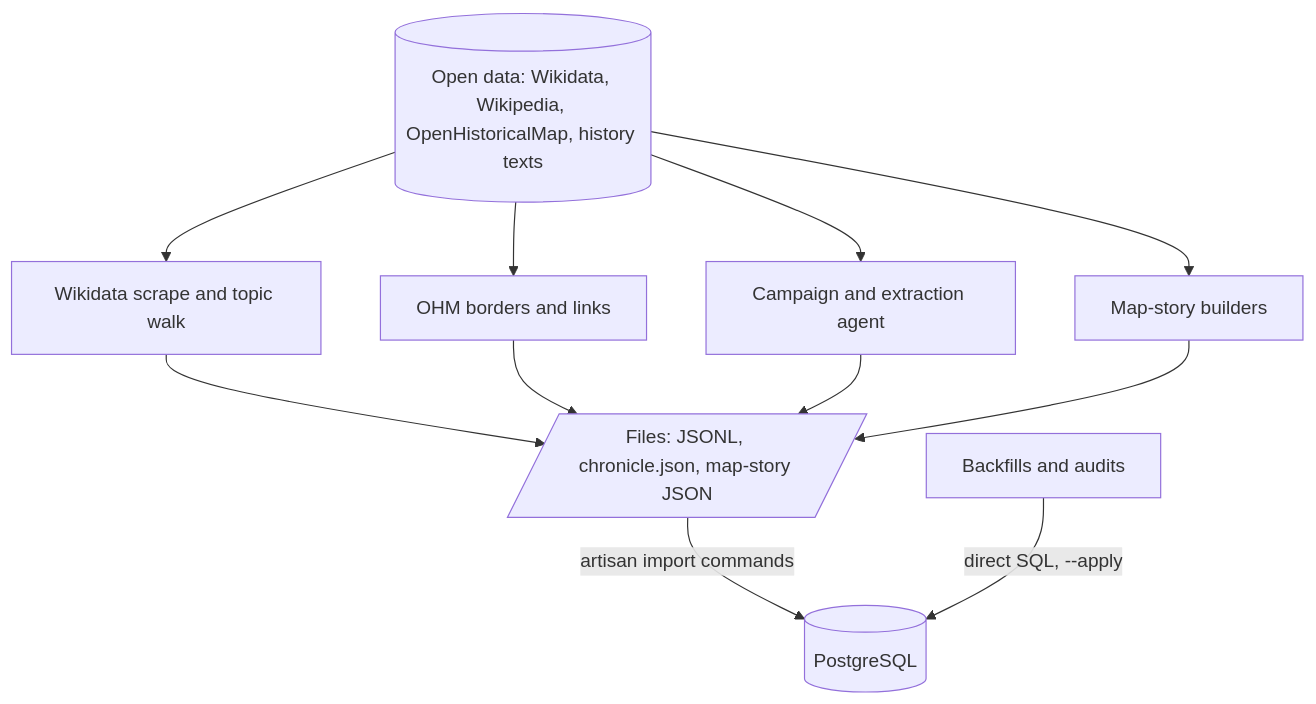
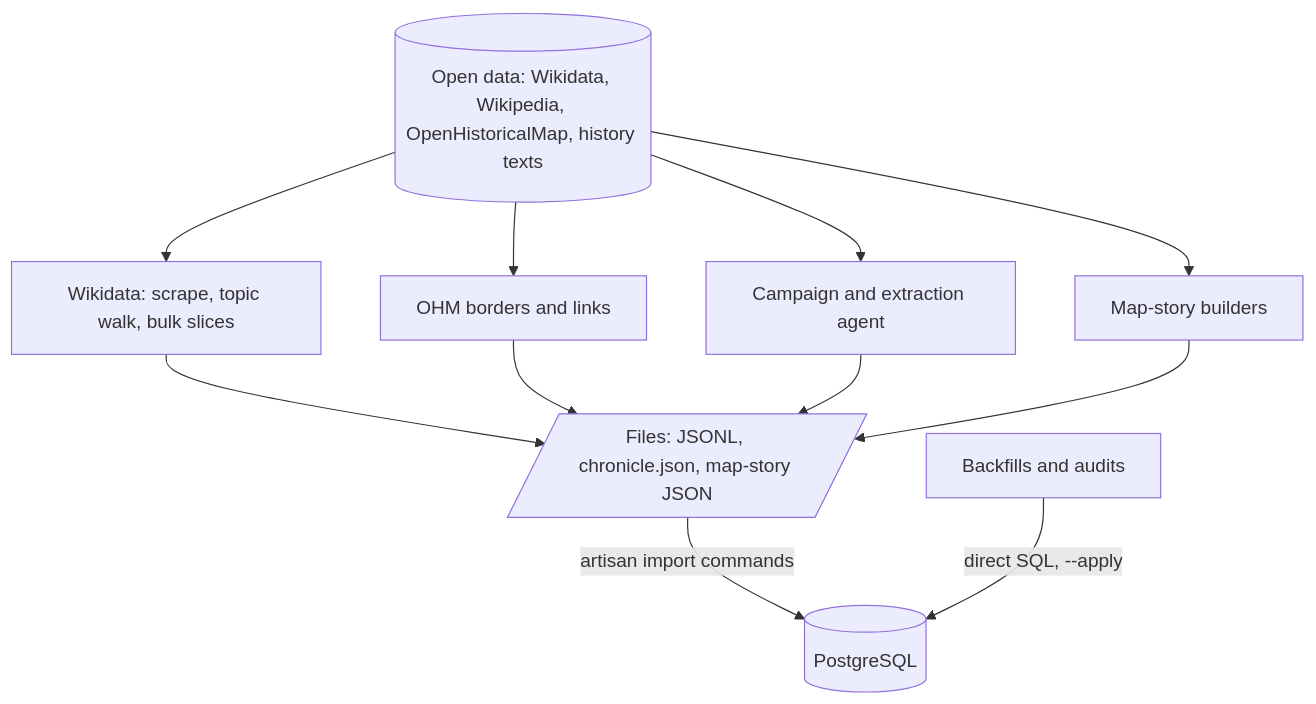
Before and after one commit to PickleSoda/history-mapped: the first of 6 diagrams in docs/architecture/data-pipeline.md, drawn with Mermaid. The commit also changed other lines of this file and 2 other files, not shown here.

First line of the commit message:
docs(pipeline): bulk Wikidata slices section and ingest runbook

````diff
--- a/docs/architecture/data-pipeline.md
+++ b/docs/architecture/data-pipeline.md
@@ -13,14 +13,14 @@
 ```mermaid
 flowchart TB
     SRC[("Open data: Wikidata, Wikipedia, OpenHistoricalMap, history texts")]
-    SRC --> T1["Wikidata scrape and topic walk"]
+    SRC --> T1["Wikidata: scrape, topic walk, bulk slices"]
     SRC --> T2["OHM borders and links"]
     SRC --> T3["Campaign and extraction agent"]
     SRC --> T4["Map-story builders"]
     T1 --> F[/"Files: JSONL, chronicle.json, map-story JSON"/]
     T2 --> F
     T3 --> F
     T4 --> F
     F -->|"artisan import commands"| DB[(PostgreSQL)]
     BA["Backfills and audits"] -->|"direct SQL, --apply"| DB
 ```
````
